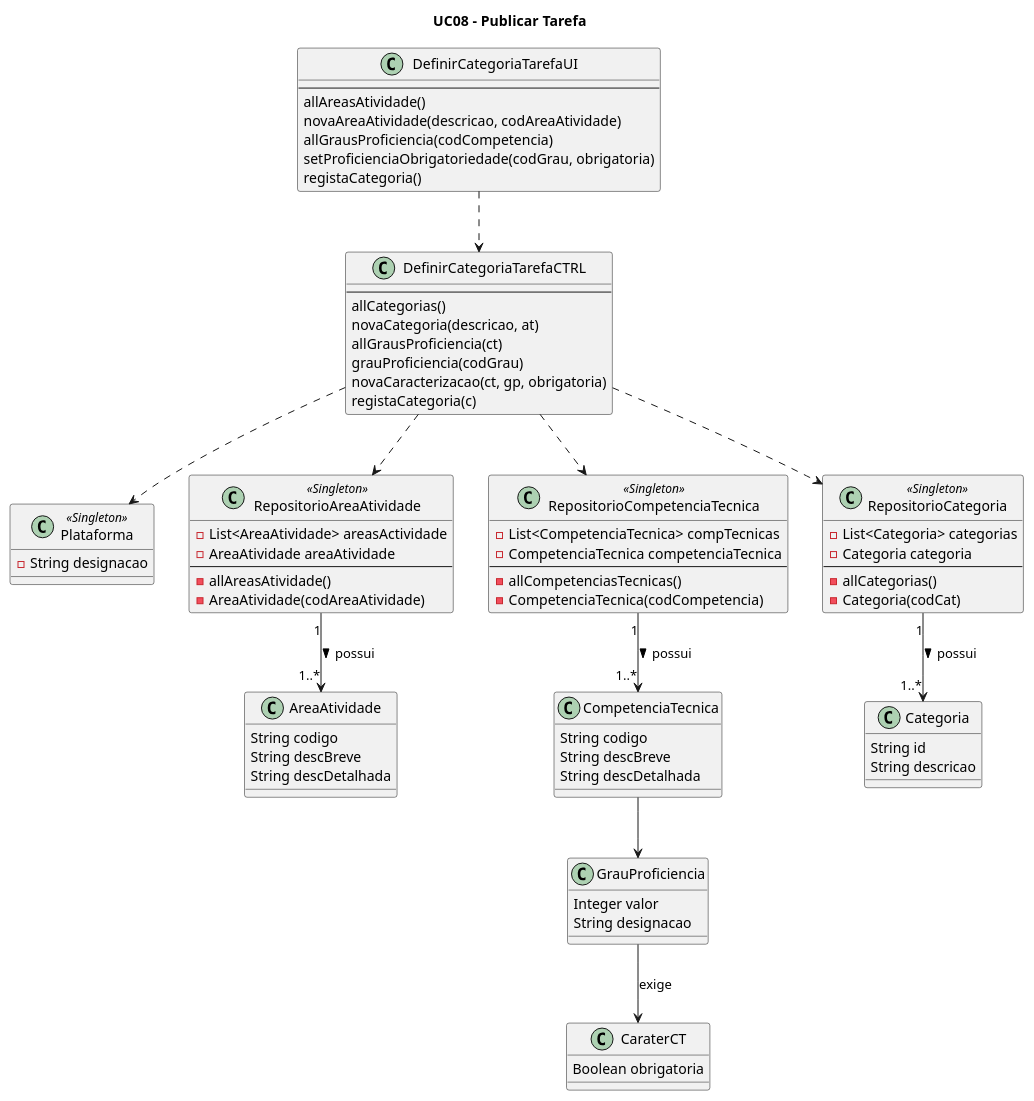
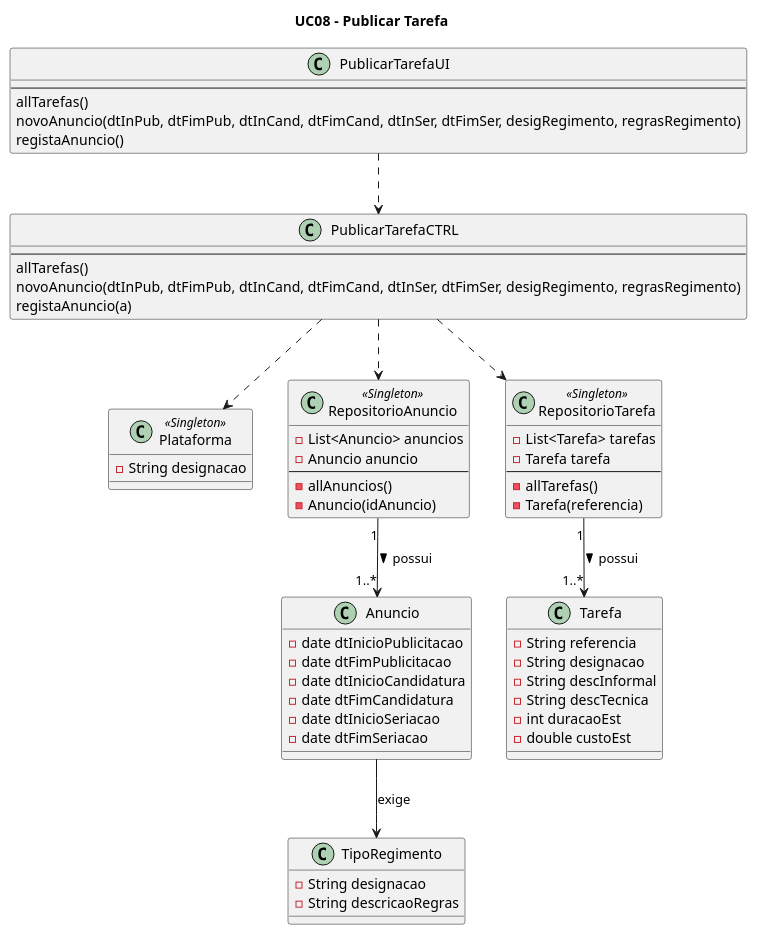
One commit to blestonbandeiraUPSKILL/upskill_java1_labprg_grupo2 changed the diagram in Documentação/Sprint 3/UC08_Publicar_Tarefa/UC08_Publicar_Tarefa_DiagClas.wsd. Above: the diagram before and after it, drawn with PlantUML. The commit also changed 3 other files, not shown here.

```diff
--- a/Documentação/Sprint 3/UC08_Publicar_Tarefa/UC08_Publicar_Tarefa_DiagClas.wsd
+++ b/Documentação/Sprint 3/UC08_Publicar_Tarefa/UC08_Publicar_Tarefa_DiagClas.wsd
@@ -1,88 +1,70 @@
 @startuml
 title UC08 - Publicar Tarefa
 
 class Plataforma <<Singleton>> {
     -String designacao
 }
 
-class DefinirCategoriaTarefaUI{
+class PublicarTarefaUI{
     --
-    allAreasAtividade()
-    novaAreaAtividade(descricao, codAreaAtividade)
-    allGrausProficiencia(codCompetencia)
-    setProficienciaObrigatoriedade(codGrau, obrigatoria)
-    registaCategoria()
+    allTarefas()
+    novoAnuncio(dtInPub, dtFimPub, dtInCand, dtFimCand, dtInSer, dtFimSer, desigRegimento, regrasRegimento)
+    registaAnuncio()
 }
 
-class DefinirCategoriaTarefaCTRL{
+class PublicarTarefaCTRL{
    --
-   allCategorias()
-   novaCategoria(descricao, at)
-   allGrausProficiencia(ct)
-   grauProficiencia(codGrau)
-   novaCaracterizacao(ct, gp, obrigatoria)
-   registaCategoria(c)
+   allTarefas()
+   novoAnuncio(dtInPub, dtFimPub, dtInCand, dtFimCand, dtInSer, dtFimSer, desigRegimento, regrasRegimento)
+   registaAnuncio(a)
 }
 
-class AreaAtividade{
-    String codigo
-    String descBreve
-    String descDetalhada
+class Anuncio{
+    -date dtInicioPublicitacao
+    -date dtFimPublicitacao
+    -date dtInicioCandidatura
+    -date dtFimCandidatura
+    -date dtInicioSeriacao
+    -date dtFimSeriacao
 }
 
-class CompetenciaTecnica{
-    String codigo
-    String descBreve
-    String descDetalhada
+class Tarefa{
+  -String referencia
+  -String designacao
+  -String descInformal
+  -String descTecnica
+  -int duracaoEst
+  -double custoEst 
 }
 
-class Categoria{
-    String id 
-    String descricao
+class TipoRegimento{
+  -String designacao
+  -String descricaoRegras
 }
 
-class GrauProficiencia{
-    Integer valor
-    String designacao
+class RepositorioAnuncio <<Singleton>>{
+    -List<Anuncio> anuncios
+    -Anuncio anuncio
+    --
+    -allAnuncios()
+    -Anuncio(idAnuncio)
 }
 
-class CaraterCT{
-    Boolean obrigatoria
+class RepositorioTarefa <<Singleton>>{
+    -List<Tarefa> tarefas
+    -Tarefa tarefa
+    --
+    -allTarefas()
+    -Tarefa(referencia)    
 }
 
-class RepositorioAreaAtividade <<Singleton>>{
-    -List<AreaAtividade> areasActividade
-    -AreaAtividade areaAtividade
-    --
-    -allAreasAtividade()
-    -AreaAtividade(codAreaAtividade)
-}
+PublicarTarefaUI ..> PublicarTarefaCTRL
+PublicarTarefaCTRL ..> Plataforma
+PublicarTarefaCTRL ..> RepositorioTarefa
+PublicarTarefaCTRL ..> RepositorioAnuncio
 
-class RepositorioCompetenciaTecnica <<Singleton>>{
-    -List<CompetenciaTecnica> compTecnicas
-    -CompetenciaTecnica competenciaTecnica
-    --
-    -allCompetenciasTecnicas()
-    -CompetenciaTecnica(codCompetencia)
-}
-
-class RepositorioCategoria <<Singleton>>{
-    -List<Categoria> categorias
-    -Categoria categoria
-    --
-    -allCategorias()
-    -Categoria(codCat)    
-}
-
-DefinirCategoriaTarefaUI ..> DefinirCategoriaTarefaCTRL
-DefinirCategoriaTarefaCTRL ..> Plataforma
-DefinirCategoriaTarefaCTRL ..> RepositorioAreaAtividade
-DefinirCategoriaTarefaCTRL ..> RepositorioCategoria
-DefinirCategoriaTarefaCTRL ..> RepositorioCompetenciaTecnica
-RepositorioAreaAtividade "1" --> "1..*" AreaAtividade: possui >
-RepositorioCategoria "1" --> "1..*"  Categoria: possui >
-RepositorioCompetenciaTecnica "1" --> "1..*" CompetenciaTecnica: possui >
-CompetenciaTecnica --> GrauProficiencia
-GrauProficiencia --> CaraterCT: exige
+RepositorioTarefa "1" --> "1..*" Tarefa: possui >
+RepositorioAnuncio "1" --> "1..*"  Anuncio: possui >
+Anuncio --> TipoRegimento: exige
 
 @enduml
```
